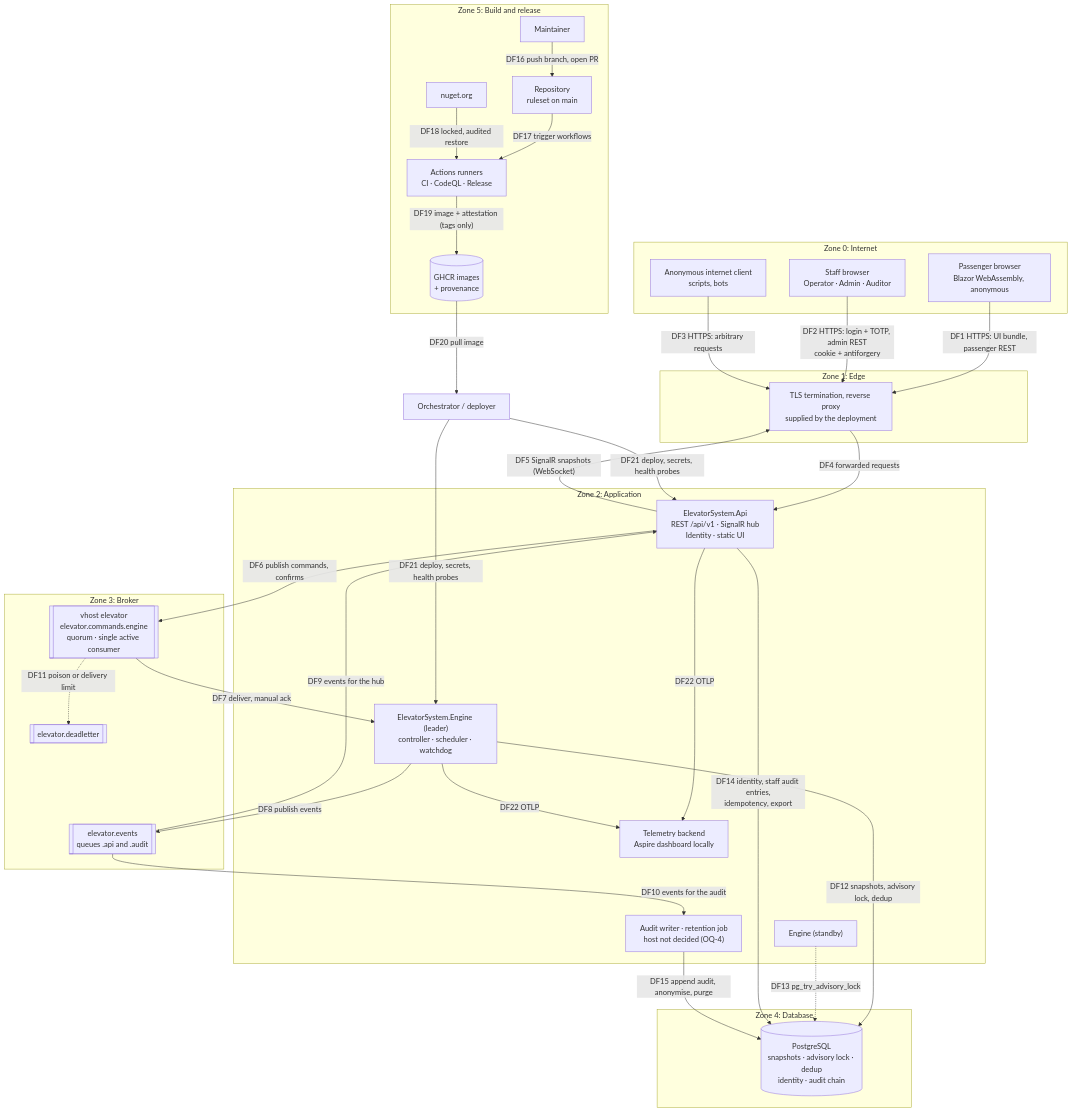
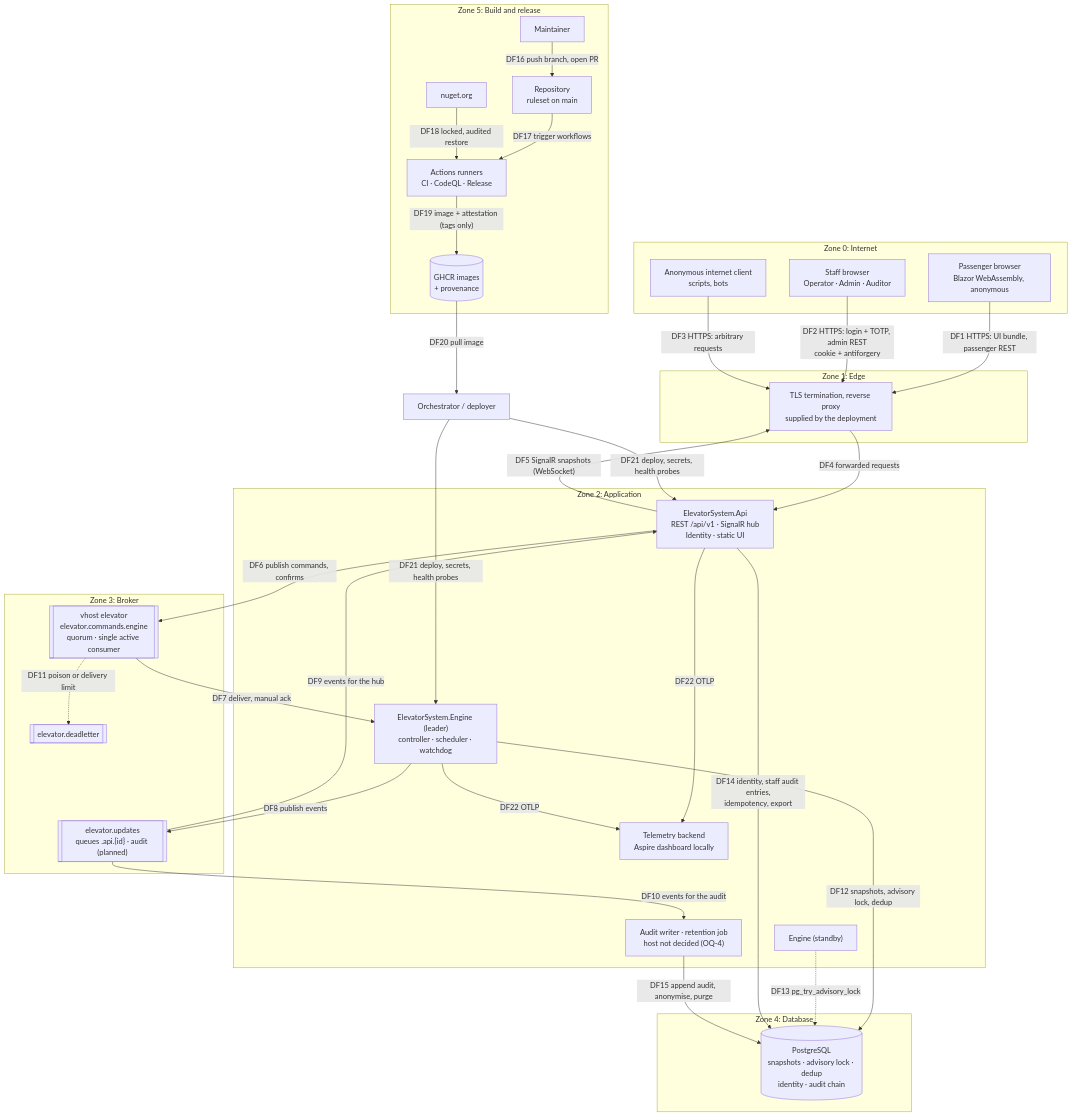
One commit to onlygreb/ElevatorSystem changed the diagram in docs/security/threat-model.md. Above: the diagram before and after it, drawn with Mermaid. The commit also changed other lines of this file, not shown here.

````diff
--- a/docs/security/threat-model.md
+++ b/docs/security/threat-model.md
@@ -107,65 +107,65 @@
 ```mermaid
 flowchart TB
     subgraph Z0["Zone 0: Internet"]
         PAX["Passenger browser<br/>Blazor WebAssembly, anonymous"]
         STAFF["Staff browser<br/>Operator · Admin · Auditor"]
         ANON["Anonymous internet client<br/>scripts, bots"]
     end
 
     subgraph Z1["Zone 1: Edge"]
         EDGE["TLS termination, reverse proxy<br/>supplied by the deployment"]
     end
 
     subgraph Z2["Zone 2: Application"]
         API["ElevatorSystem.Api<br/>REST /api/v1 · SignalR hub<br/>Identity · static UI"]
         ENG["ElevatorSystem.Engine (leader)<br/>controller · scheduler · watchdog"]
         STBY["Engine (standby)"]
         AUD["Audit writer · retention job<br/>host not decided (OQ-4)"]
         OTEL["Telemetry backend<br/>Aspire dashboard locally"]
     end
 
     subgraph Z3["Zone 3: Broker"]
         CMDQ[["vhost elevator<br/>elevator.commands.engine<br/>quorum · single active consumer"]]
-        EVX[["elevator.events<br/>queues .api and .audit"]]
+        EVX[["elevator.updates<br/>queues .api.{id} · audit (planned)"]]
         DLQ[["elevator.deadletter"]]
     end
 
     subgraph Z4["Zone 4: Database"]
         DB[("PostgreSQL<br/>snapshots · advisory lock · dedup<br/>identity · audit chain")]
     end
 
     subgraph Z5["Zone 5: Build and release"]
         DEV["Maintainer"]
         GH["Repository<br/>ruleset on main"]
         CI["Actions runners<br/>CI · CodeQL · Release"]
         NUGET["nuget.org"]
         GHCR[("GHCR images<br/>+ provenance")]
     end
 
     ORCH["Orchestrator / deployer"]
 
     PAX -- "DF1 HTTPS: UI bundle, passenger REST" --> EDGE
     STAFF -- "DF2 HTTPS: login + TOTP, admin REST<br/>cookie + antiforgery" --> EDGE
     ANON -- "DF3 HTTPS: arbitrary requests" --> EDGE
     EDGE -- "DF4 forwarded requests" --> API
     API -- "DF5 SignalR snapshots (WebSocket)" --> EDGE
     API -- "DF6 publish commands, confirms" --> CMDQ
     CMDQ -- "DF7 deliver, manual ack" --> ENG
     ENG -- "DF8 publish events" --> EVX
     EVX -- "DF9 events for the hub" --> API
     EVX -- "DF10 events for the audit" --> AUD
     CMDQ -. "DF11 poison or delivery limit" .-> DLQ
     ENG -- "DF12 snapshots, advisory lock, dedup" --> DB
     STBY -. "DF13 pg_try_advisory_lock" .-> DB
     API -- "DF14 identity, staff audit entries,<br/>idempotency, export" --> DB
     AUD -- "DF15 append audit, anonymise, purge" --> DB
     API -- "DF22 OTLP" --> OTEL
     ENG -- "DF22 OTLP" --> OTEL
     DEV -- "DF16 push branch, open PR" --> GH
     GH -- "DF17 trigger workflows" --> CI
     NUGET -- "DF18 locked, audited restore" --> CI
     CI -- "DF19 image + attestation (tags only)" --> GHCR
     GHCR -- "DF20 pull image" --> ORCH
     ORCH -- "DF21 deploy, secrets, health probes" --> API
     ORCH -- "DF21 deploy, secrets, health probes" --> ENG
 ```
````
